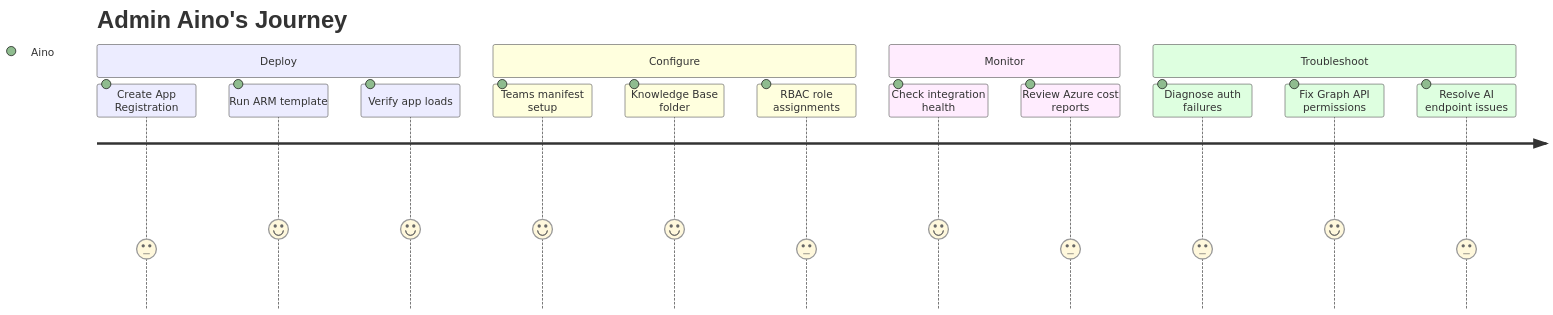
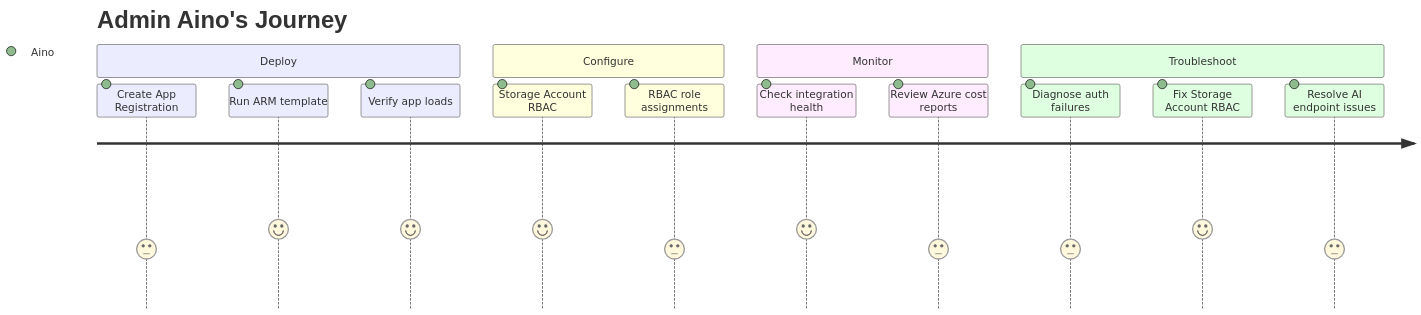
One commit to jukka-matti/variscout changed the diagram in docs/02-journeys/personas/admin-aino.md. Above: the diagram before and after it, drawn with Mermaid. The commit also changed other lines of this file and 17 other files, not shown here.

First line of the commit message:
docs: web-first deployment architecture (ADR-059)

````diff
--- a/docs/02-journeys/personas/admin-aino.md
+++ b/docs/02-journeys/personas/admin-aino.md
@@ -29,19 +29,18 @@
 ```mermaid
 journey
     title Admin Aino's Journey
     section Deploy
       Create App Registration: 3: Aino
       Run ARM template: 4: Aino
       Verify app loads: 4: Aino
     section Configure
-      Teams manifest setup: 4: Aino
-      Knowledge Base folder: 4: Aino
+      Storage Account RBAC: 4: Aino
       RBAC role assignments: 3: Aino
     section Monitor
       Check integration health: 4: Aino
       Review Azure cost reports: 3: Aino
     section Troubleshoot
       Diagnose auth failures: 3: Aino
-      Fix Graph API permissions: 4: Aino
+      Fix Storage Account RBAC: 4: Aino
       Resolve AI endpoint issues: 3: Aino
 ```
````
